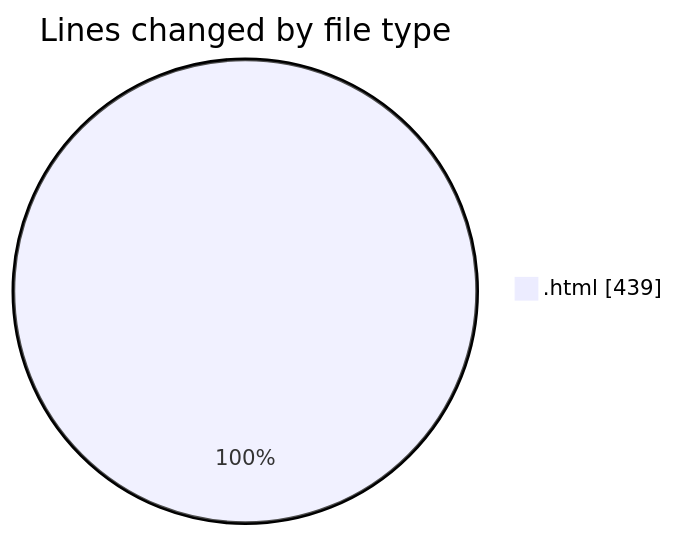
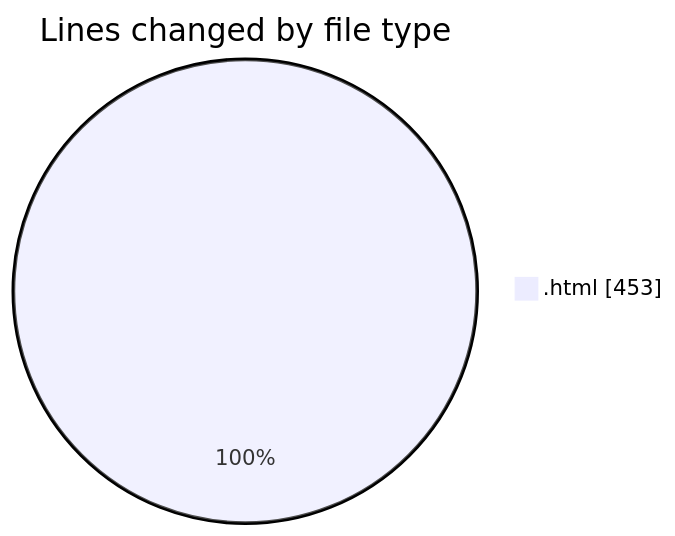
The first of 2 diagrams in 2025-01-08/nueva_carpeta/README.md (LanceThiago/code-tracking), drawn with Mermaid before and after one commit. The commit also changed other lines of this file and 1 other file, not shown here.

````diff
--- a/2025-01-08/nueva_carpeta/README.md
+++ b/2025-01-08/nueva_carpeta/README.md
@@ -20,5 +20,5 @@
 ```mermaid
 pie showData
 title Lines changed by file type
-".html" : 439
+".html" : 453
 ```
````
